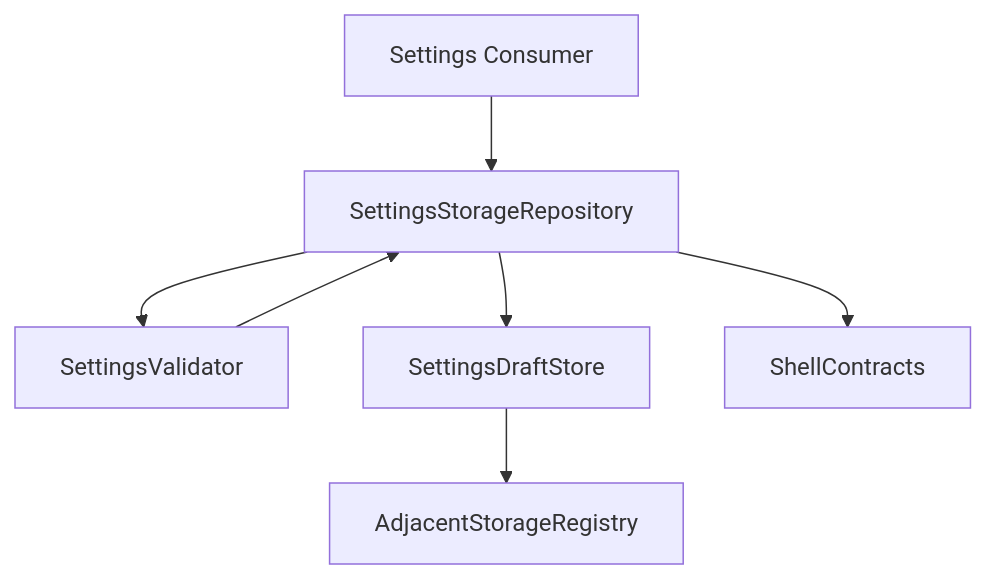
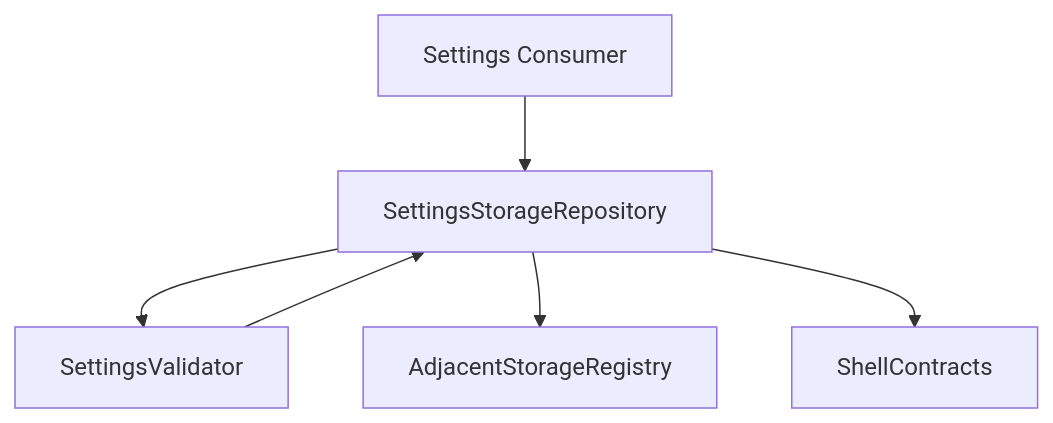
The first of 2 diagrams in .kiro/specs/frontend-settings-storage/design.md (l3tnun/EPGStation), drawn with Mermaid before and after one commit. The commit also changed other lines of this file and 29 other files, not shown here.

````diff
--- a/.kiro/specs/frontend-settings-storage/design.md
+++ b/.kiro/specs/frontend-settings-storage/design.md
@@ -58,9 +58,8 @@
 ```mermaid
 graph TB
     Consumer[Settings Consumer] --> SettingsStorageRepository
     SettingsStorageRepository --> SettingsValidator
-    SettingsStorageRepository --> SettingsDraftStore
-    SettingsDraftStore --> AdjacentStorageRegistry
+    SettingsStorageRepository --> AdjacentStorageRegistry
     SettingsStorageRepository --> ShellContracts
     SettingsValidator --> SettingsStorageRepository
 ```
````
